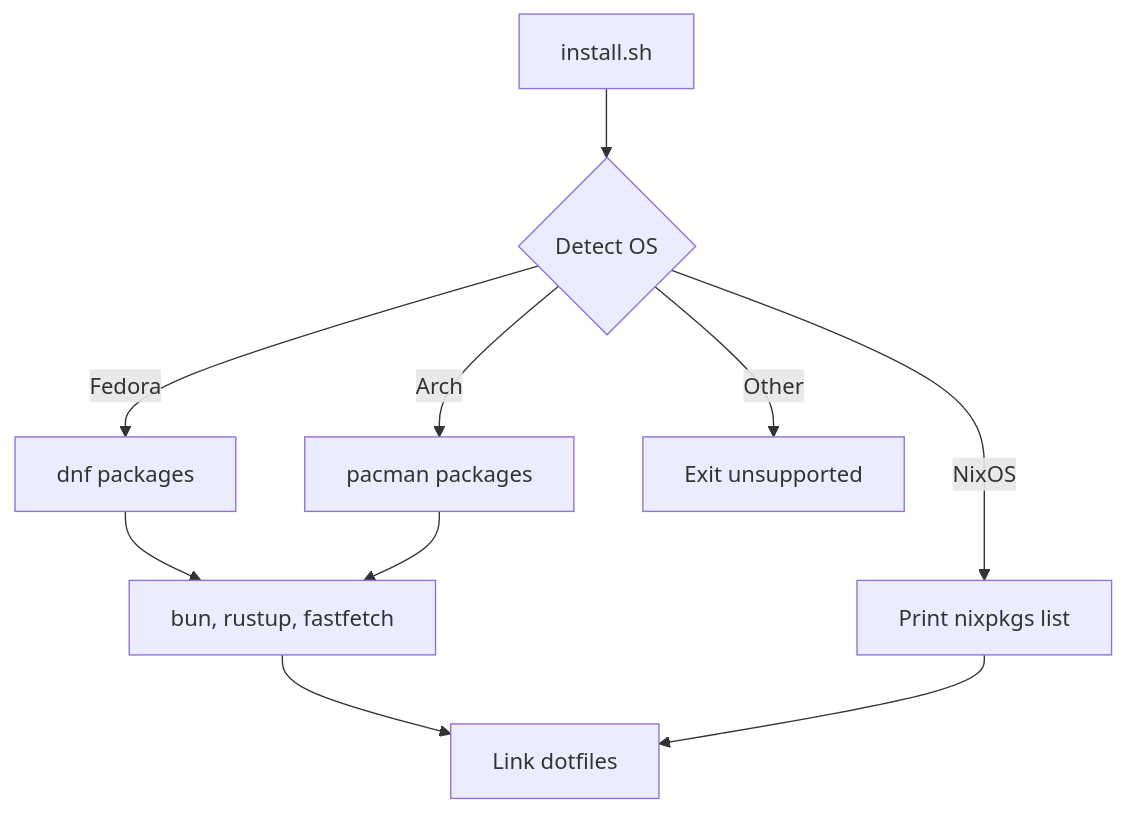
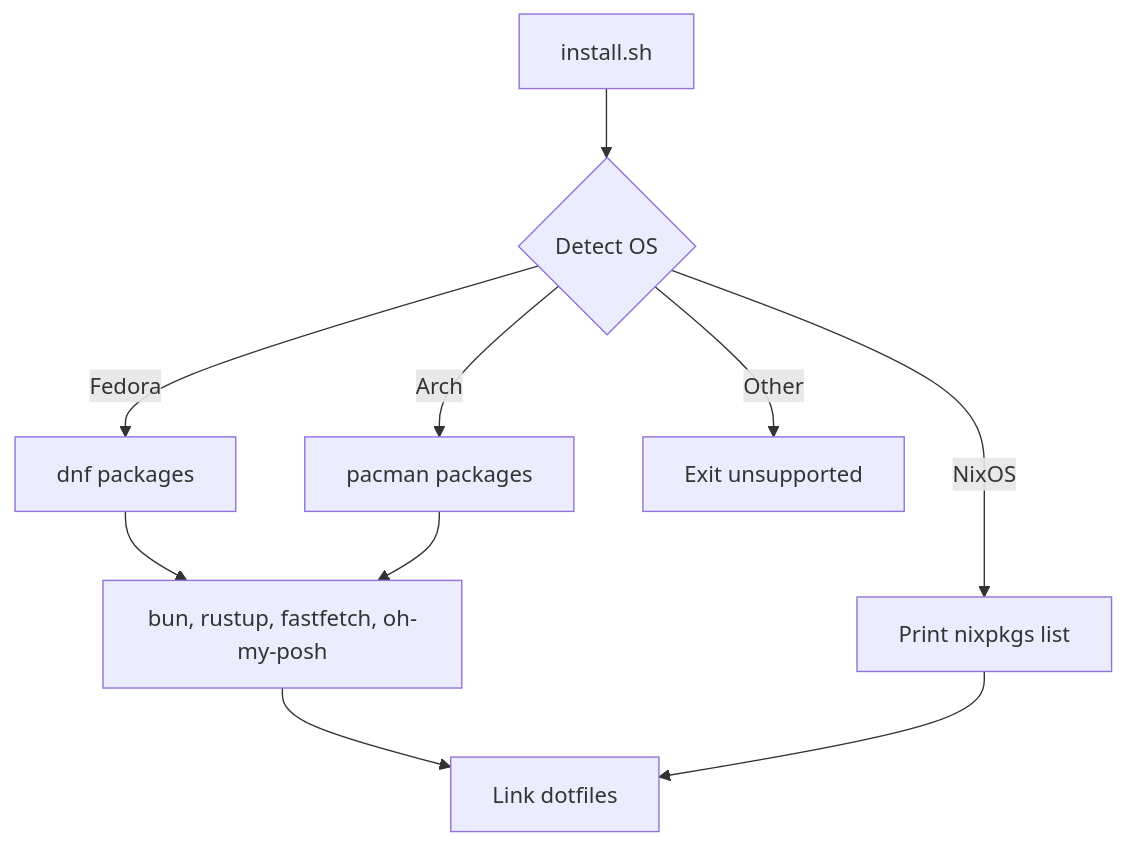
One commit to kmfd14/myeow-linux-config changed the diagram in README.md. Above: the diagram before and after it, drawn with Mermaid. The commit also changed other lines of this file and 4 other files, not shown here.

````diff
--- a/README.md
+++ b/README.md
@@ -53,12 +54,12 @@
 ```mermaid
 flowchart TD
   start["install.sh"] --> os{"Detect OS"}
   os -->|Fedora| fedora["dnf packages"]
   os -->|Arch| arch["pacman packages"]
   os -->|NixOS| nix["Print nixpkgs list"]
   os -->|Other| fail["Exit unsupported"]
-  fedora --> tools["bun, rustup, fastfetch"]
+  fedora --> tools["bun, rustup, fastfetch, oh-my-posh"]
   arch --> tools
   tools --> links["Link dotfiles"]
   nix --> links
 ```
````
